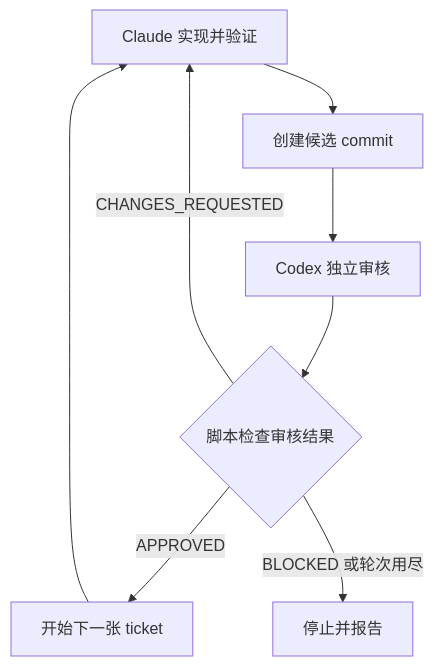
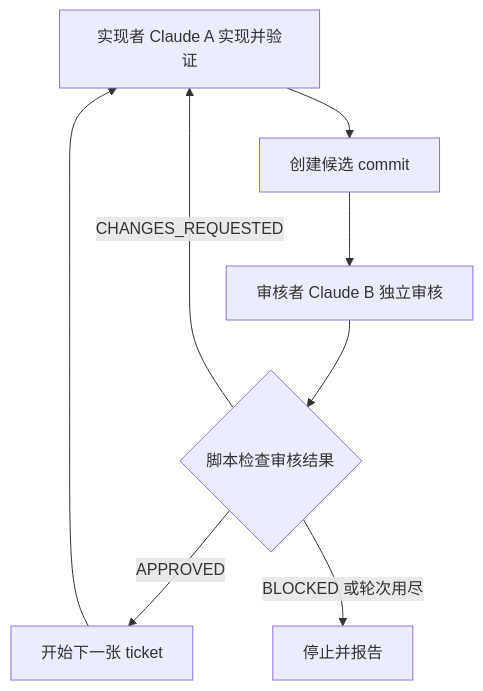
Before and after one commit to WilliamDHN289/Agentic_Advertising: the diagram in agent-workflow/README.md, drawn with Mermaid. The commit also changed other lines of this file and 3 other files, not shown here.

First line of the commit message:
Workflow: replace Codex reviewer with a second-account Claude Code reviewer

````diff
--- a/agent-workflow/README.md
+++ b/agent-workflow/README.md
@@ -91,10 +105,10 @@
 ```mermaid
 flowchart TD
-  A[Claude 实现并验证] --> B[创建候选 commit]
-  B --> C[Codex 独立审核]
+  A[实现者 Claude A 实现并验证] --> B[创建候选 commit]
+  B --> C[审核者 Claude B 独立审核]
   C --> D{脚本检查审核结果}
   D -->|CHANGES_REQUESTED| A
   D -->|APPROVED| E[开始下一张 ticket]
   E --> A
   D -->|BLOCKED 或轮次用尽| F[停止并报告]
 ```
````
